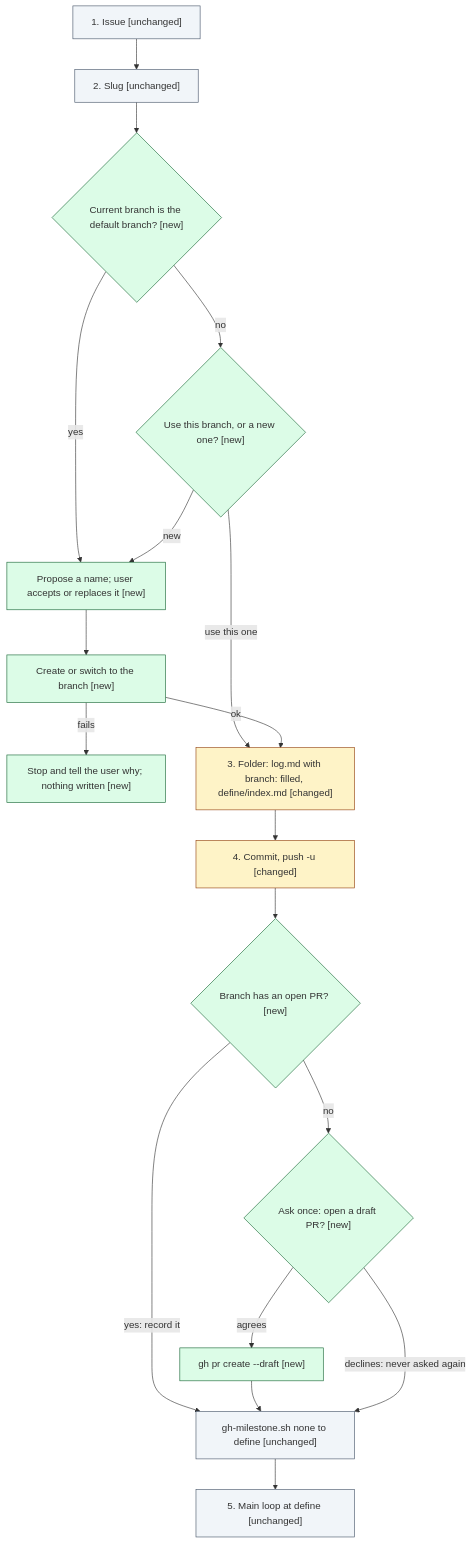
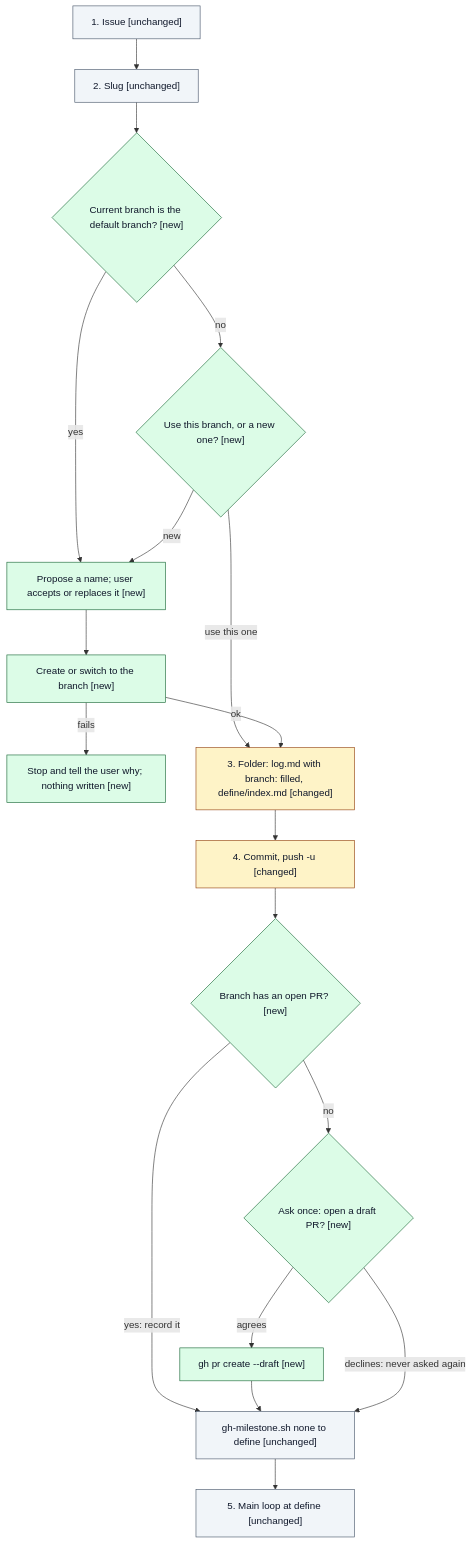
Before and after one commit to dkoenawan/compass-labs: the second of 2 diagrams in docs/sessions/2026-10-17-session-branch-on-open/design/index.md, drawn with Mermaid. The commit also changed other lines of this file and 1 other file, not shown here.

First line of the commit message:
docs(sessions): make #37 design diagrams readable in dark mode

````diff
--- a/docs/sessions/2026-10-17-session-branch-on-open/design/index.md
+++ b/docs/sessions/2026-10-17-session-branch-on-open/design/index.md
@@ -87,35 +87,35 @@
 ```mermaid
 flowchart TB
-  classDef new fill:#DCFCE7,stroke:#166534
-  classDef changed fill:#FEF3C7,stroke:#92400E
-  classDef deprecated fill:#FEE2E2,stroke:#991B1B,stroke-dasharray:4 3
-  classDef unchanged fill:#F1F5F9,stroke:#475569
+  classDef new fill:#DCFCE7,stroke:#166534,color:#0F172A
+  classDef changed fill:#FEF3C7,stroke:#92400E,color:#0F172A
+  classDef deprecated fill:#FEE2E2,stroke:#991B1B,color:#0F172A,stroke-dasharray:4 3
+  classDef unchanged fill:#F1F5F9,stroke:#475569,color:#0F172A
   S1["1. Issue [unchanged]"]:::unchanged
   S2["2. Slug [unchanged]"]:::unchanged
   B0{"Current branch is the default branch? [new]"}:::new
   B1["Propose a name; user accepts or replaces it [new]"]:::new
   B2{"Use this branch, or a new one? [new]"}:::new
   B3["Create or switch to the branch [new]"]:::new
   BX["Stop and tell the user why; nothing written [new]"]:::new
   S3["3. Folder: log.md with branch: filled, define/index.md [changed]"]:::changed
   S4["4. Commit, push -u [changed]"]:::changed
   P1{"Branch has an open PR? [new]"}:::new
   P2{"Ask once: open a draft PR? [new]"}:::new
   P3["gh pr create --draft [new]"]:::new
   S5["gh-milestone.sh none to define [unchanged]"]:::unchanged
   S6["5. Main loop at define [unchanged]"]:::unchanged
   S1 --> S2 --> B0
   B0 -->|"yes"| B1
   B0 -->|"no"| B2
   B2 -->|"new"| B1
   B2 -->|"use this one"| S3
   B1 --> B3
   B3 -->|"ok"| S3
   B3 -->|"fails"| BX
   S3 --> S4 --> P1
   P1 -->|"yes: record it"| S5
   P1 -->|"no"| P2
   P2 -->|"agrees"| P3 --> S5
   P2 -->|"declines: never asked again"| S5
   S5 --> S6
 ```
````
